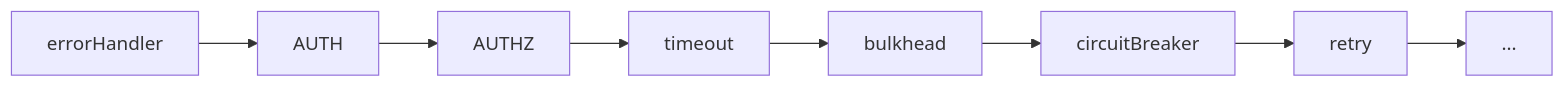
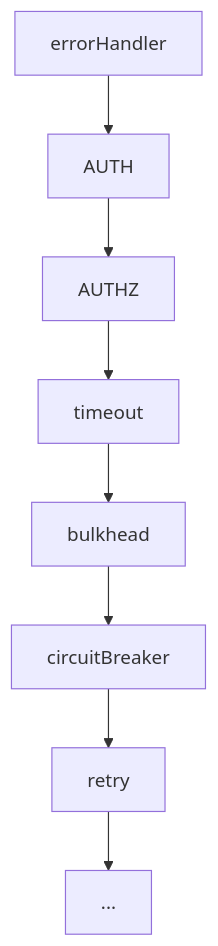
The diagram in en/guide/auth/authorization.md (Connectum-Framework/docs), drawn with Mermaid before and after one commit. The commit also changed 6 other files, not shown here.

First line of the commit message:
docs(diagrams): make wide diagrams readable in the documentation column

````diff
--- a/en/guide/auth/authorization.md
+++ b/en/guide/auth/authorization.md
@@ -79,10 +79,10 @@
 ```mermaid
-flowchart LR
+flowchart TD
     Error[errorHandler] --> Authn[AUTH]
     Authn --> Authz[AUTHZ]
     Authz --> Timeout[timeout]
     Timeout --> Bulkhead[bulkhead]
     Bulkhead --> Breaker[circuitBreaker]
     Breaker --> Retry[retry]
     Retry --> More["..."]
 ```
````
